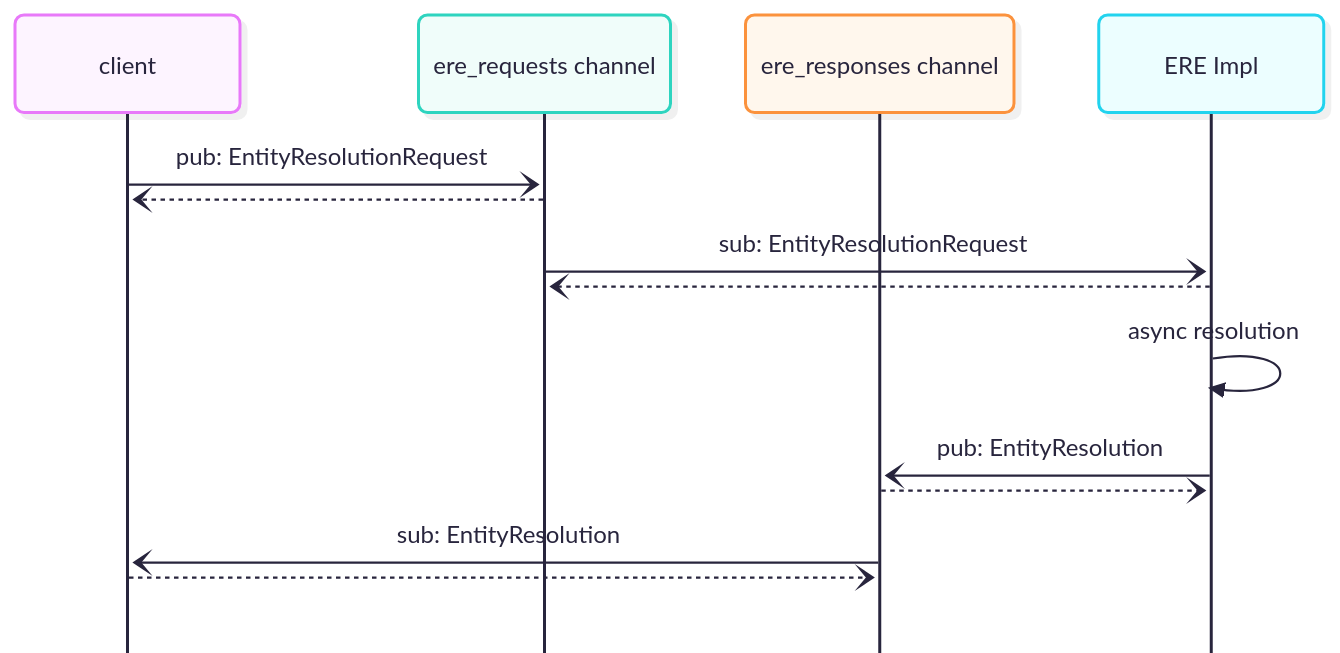
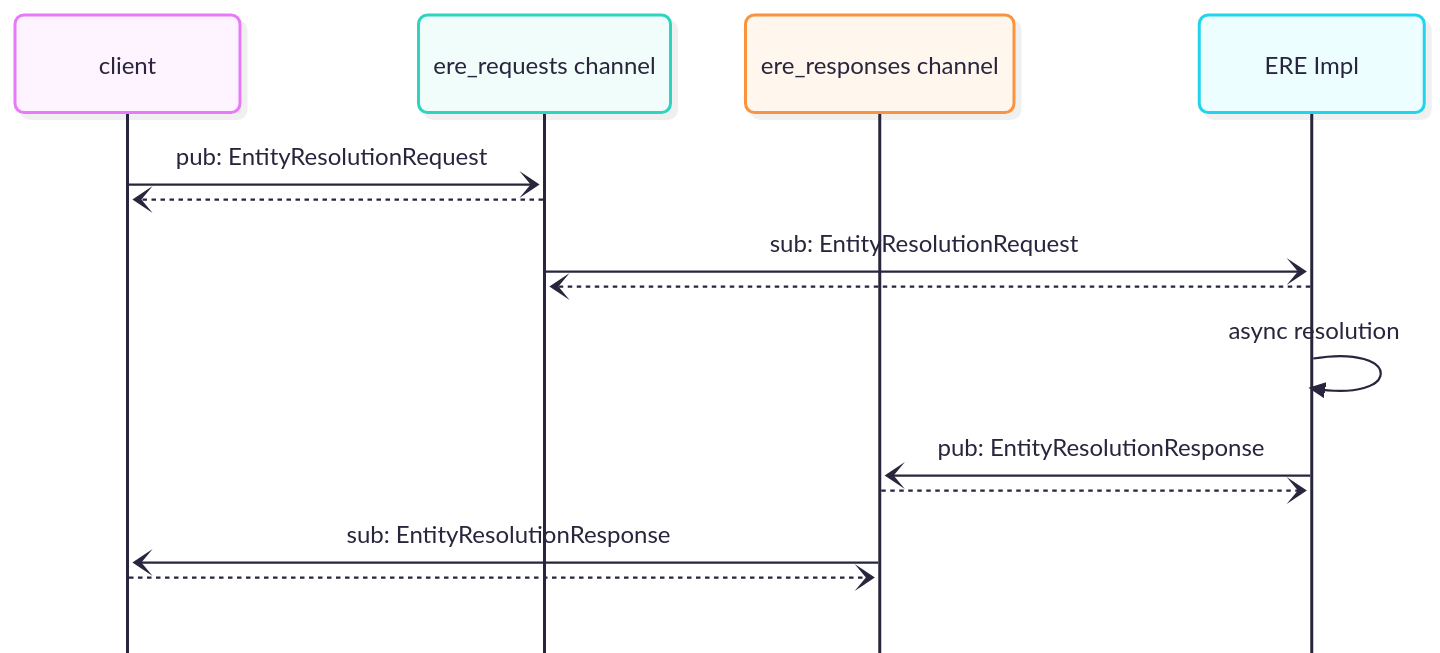
Before and after one commit to meaningfy-ws/er-system: the diagram in docs/ere-interface-seq-diag.md, drawn with Mermaid. The commit also changed other lines of this file and 24 other files, not shown here.

````diff
--- a/docs/ere-interface-seq-diag.md
+++ b/docs/ere-interface-seq-diag.md
@@ -3,25 +3,25 @@
 ```mermaid
 ---
 config:
   look: neo
   theme: redux-color
   mirrorActors: false
   sequence:
     bottomMarginAdj: 0.1
 ---
 sequenceDiagram
   participant client
   participant ere_requests as ere_requests channel
   participant ere_responses as ere_responses channel
   participant ERE_Impl as ERE Impl
 
   client -) ere_requests: pub: EntityResolutionRequest
   ere_requests --) client:
   ere_requests -) ERE_Impl: sub: EntityResolutionRequest
   ERE_Impl --) ere_requests:
   ERE_Impl ->> ERE_Impl: async resolution
-  ERE_Impl -) ere_responses: pub: EntityResolution
+  ERE_Impl -) ere_responses: pub: EntityResolutionResponse
   ere_responses --) ERE_Impl:
-  ere_responses -) client: sub: EntityResolution
+  ere_responses -) client: sub: EntityResolutionResponse
   client --) ere_responses:
 ```
````
